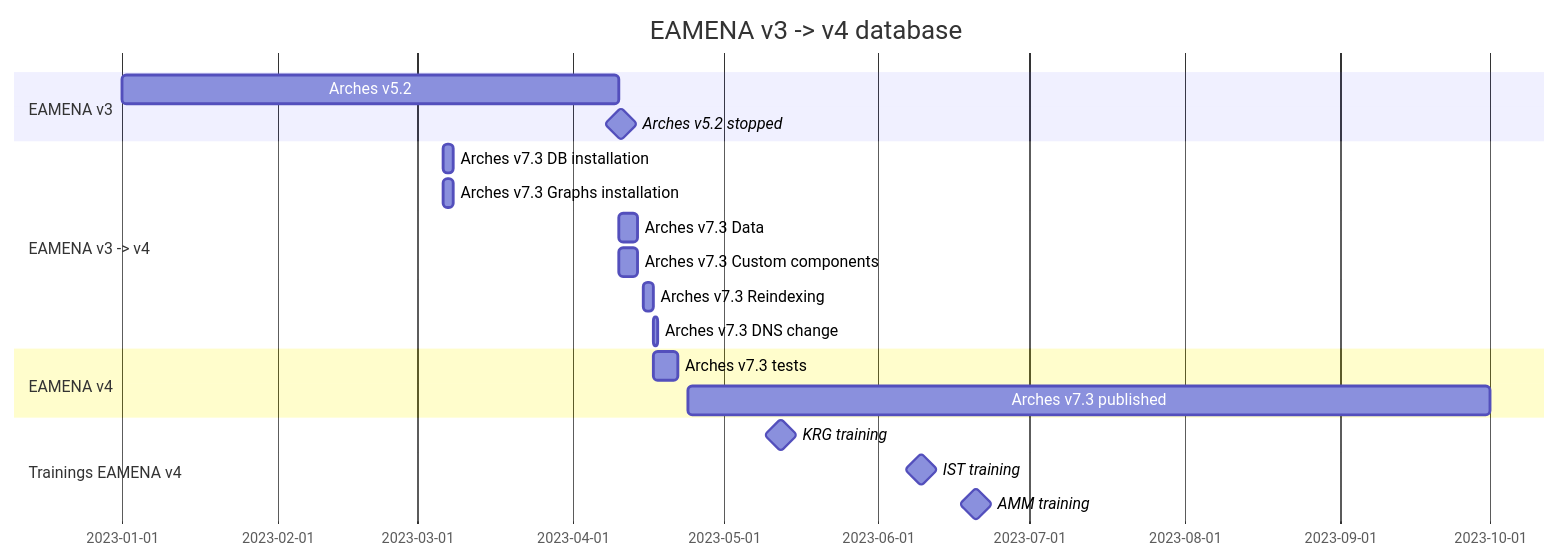
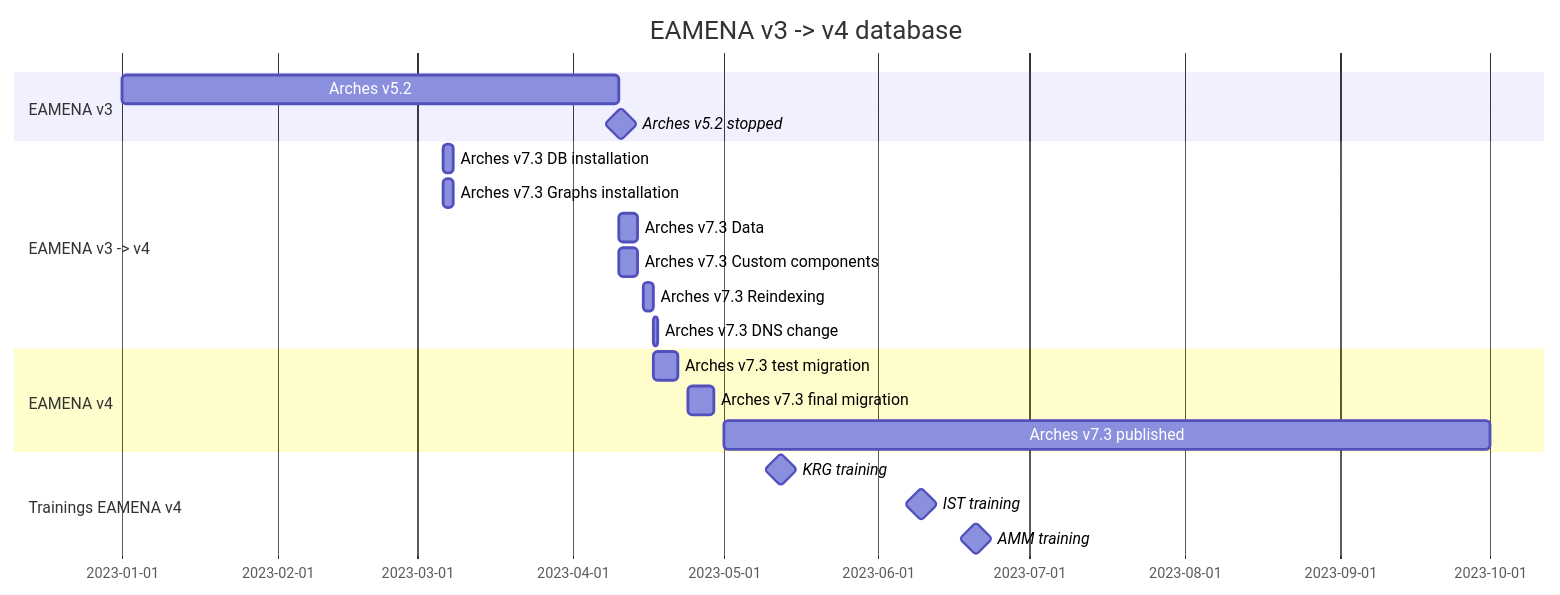
One commit to eamena-project/eamena-arches-dev changed the diagram in dbs/database.eamena/README.md. Above: the diagram before and after it, drawn with Mermaid. The commit also changed 1 other file, not shown here.

Commit message:
Updated before meeting

````diff
--- a/dbs/database.eamena/README.md
+++ b/dbs/database.eamena/README.md
@@ -5,22 +5,23 @@
 ```mermaid
 gantt
     title EAMENA v3 -> v4 database
     dateFormat  YYYY-MM-DD
     section EAMENA v3
     Arches v5.2              : a0, 2023-01-01, 2023-04-10
     Arches v5.2 stopped      : milestone, m3, 2023-04-10, 1d
     section EAMENA v3 -> v4
     Arches v7.3 DB installation        : a1, 2023-03-06, 2d
     Arches v7.3 Graphs installation    : a1, 2023-03-06, 2d
     Arches v7.3 Data                   : a1, 2023-04-10, 4d
     Arches v7.3 Custom components      : a1, 2023-04-10, 4d
     Arches v7.3 Reindexing             : a1, 2023-04-15, 2d
     Arches v7.3 DNS change             : a1, 2023-04-17, 1d
     section EAMENA v4
-    Arches v7.3 tests                  : a1, 2023-04-17, 5d
-    Arches v7.3 published              : a1, 2023-04-24, 2023-10-01
+    Arches v7.3 test migration         : a1, 2023-04-17, 5d
+    Arches v7.3 final migration        : a1, 2023-04-24, 5d
+    Arches v7.3 published              : a1, 2023-05-01, 2023-10-01
     section Trainings EAMENA v4
     KRG training             : milestone, m3, 2023-05-09, 7d
     IST training             : milestone, m3, 2023-06-06, 7d
     AMM training             : milestone, m3, 2023-06-17, 7d
 ```
````
